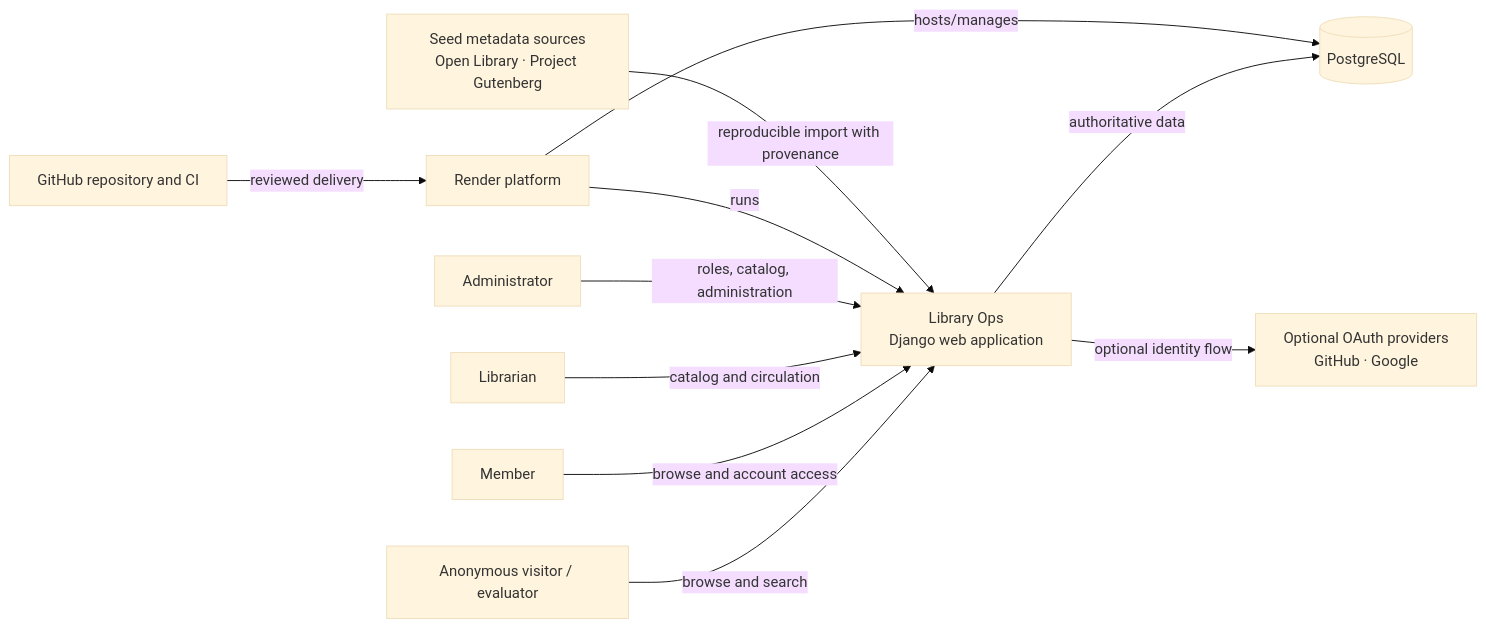
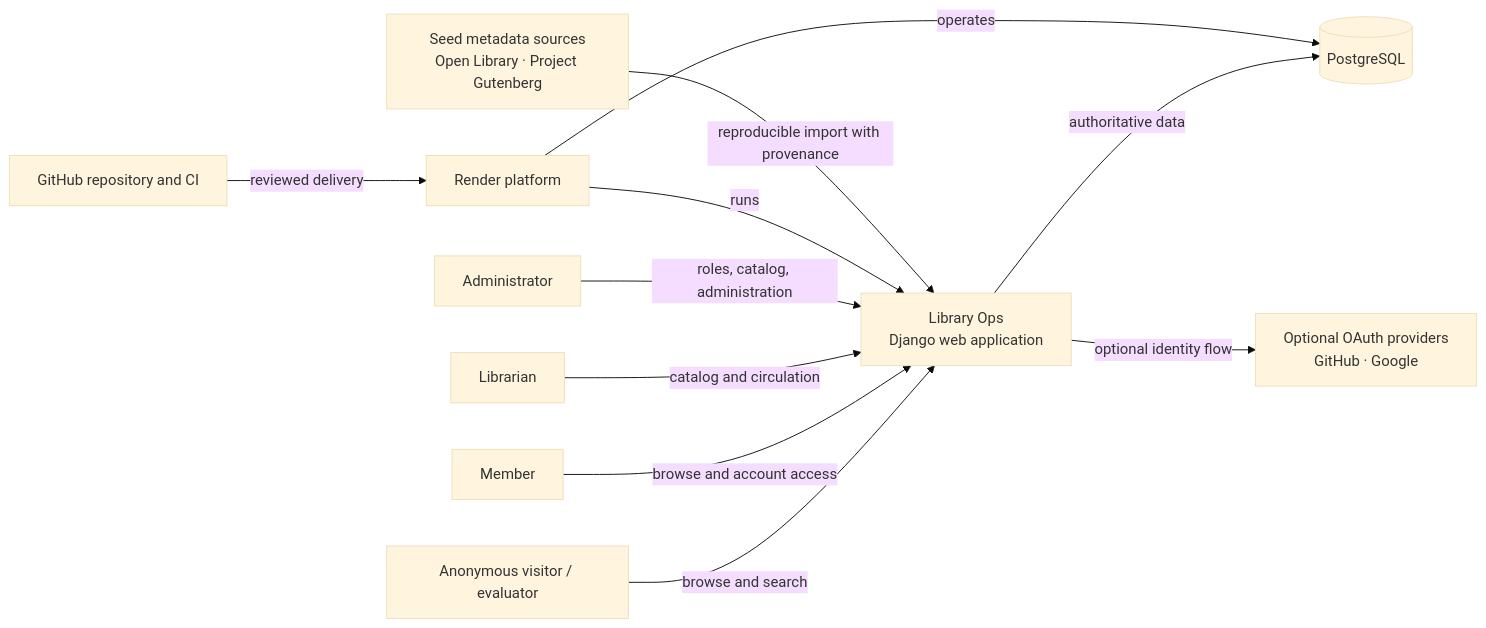
The first of 14 diagrams in docs/ARCHITECTURE.md (geehexx/library-ops), drawn with Mermaid (base theme) before and after one commit. The commit also changed other lines of this file and 3 other files, not shown here.

````diff
--- a/docs/ARCHITECTURE.md
+++ b/docs/ARCHITECTURE.md
@@ -116,24 +116,24 @@
 ```mermaid
 flowchart LR
     Visitor[Anonymous visitor / evaluator]
     Member[Member]
     Librarian[Librarian]
     Admin[Administrator]
     App[Library Ops<br/>Django web application]
     DB[(PostgreSQL)]
     OAuth[Optional OAuth providers<br/>GitHub · Google]
     Render[Render platform]
     GitHub[GitHub repository and CI]
     Sources[Seed metadata sources<br/>Open Library · Project Gutenberg]
 
     Visitor -->|browse and search| App
     Member -->|browse and account access| App
     Librarian -->|catalog and circulation| App
     Admin -->|roles, catalog, administration| App
     App -->|authoritative data| DB
     App -->|optional identity flow| OAuth
     Render -->|runs| App
-    Render -->|hosts/manages| DB
+    Render -->|operates| DB
     GitHub -->|reviewed delivery| Render
     Sources -->|reproducible import with provenance| App
 ```
````
